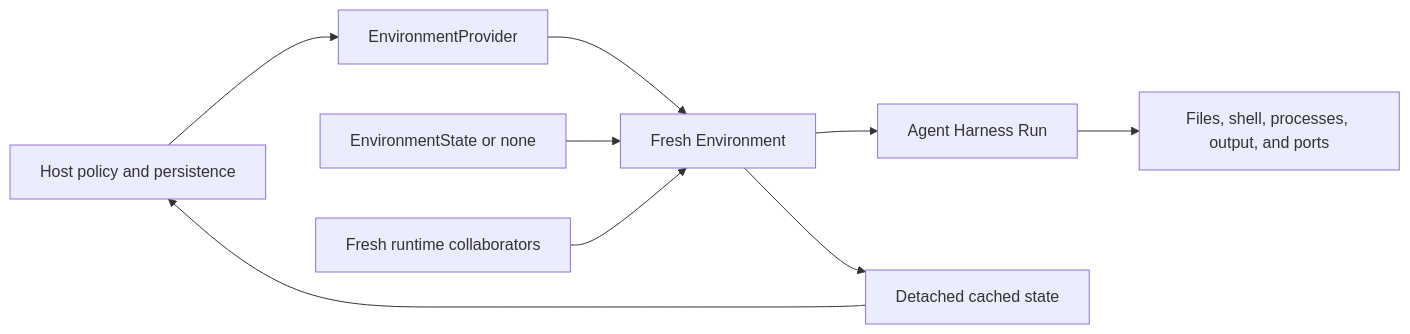
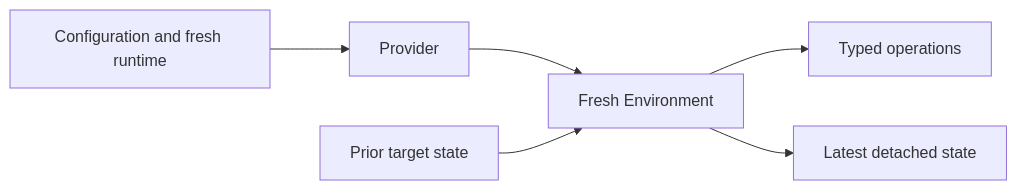
One commit to LTThreeComma/agent-foundation changed the diagram in docs/a13n-environment/index.md. Above: the diagram before and after it, drawn with Mermaid. The commit also changed other lines of this file and 94 other files, not shown here.

````diff
--- a/docs/a13n-environment/index.md
+++ b/docs/a13n-environment/index.md
@@ -15,11 +24,8 @@
 ```mermaid
 flowchart LR
-    Host[Host policy and persistence] --> Provider[EnvironmentProvider]
-    Provider --> Adapter[Fresh Environment]
-    State[EnvironmentState or none] --> Adapter
-    Runtime[Fresh runtime collaborators] --> Adapter
-    Adapter --> Harness[Agent Harness Run]
-    Harness --> Operations[Files, shell, processes, output, and ports]
-    Adapter --> Latest[Detached cached state]
-    Latest --> Host
+    Config["Configuration and fresh runtime"] --> Provider["Provider"]
+    Provider --> Adapter["Fresh Environment"]
+    State["Prior target state"] --> Adapter
+    Adapter --> Operations["Typed operations"]
+    Adapter --> Next["Latest detached state"]
 ```
````
